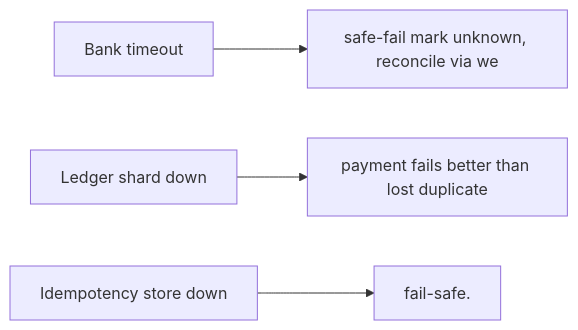
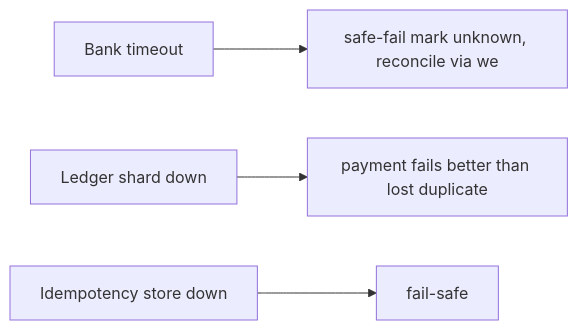
One commit to RIT-MESH/system-design-mastery changed the third of 3 diagrams in case-studies/advanced/payment-gateway.md. Above: the diagram before and after it, drawn with Mermaid. The commit also changed other lines of this file and 215 other files, not shown here.

First line of the commit message:
Complete all remaining work: expand case studies, add 13 AI case studies, fix diagrams, status to Complete

````diff
--- a/case-studies/advanced/payment-gateway.md
+++ b/case-studies/advanced/payment-gateway.md
@@ -138,13 +171,13 @@
 ```mermaid
 %% created-for: system-design-mastery
 flowchart LR
   C1["Bank timeout"]
   R2["safe-fail mark unknown, reconcile via we"]
   C1 --> R2
   C3["Ledger shard down"]
   R4["payment fails better than lost duplicate"]
   C3 --> R4
   C5["Idempotency store down"]
-  R6["fail-safe."]
+  R6["fail-safe"]
   C5 --> R6
 ```
````
